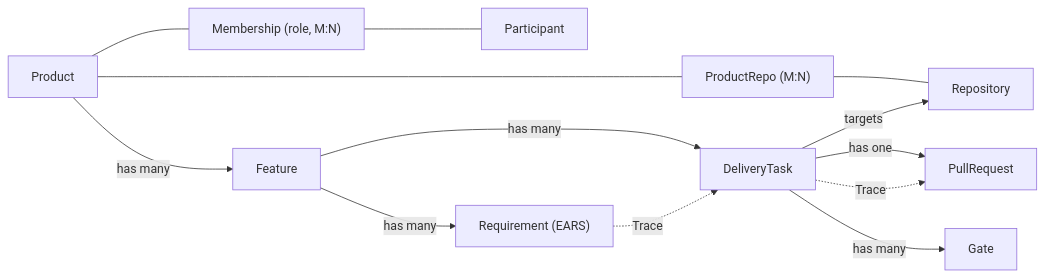
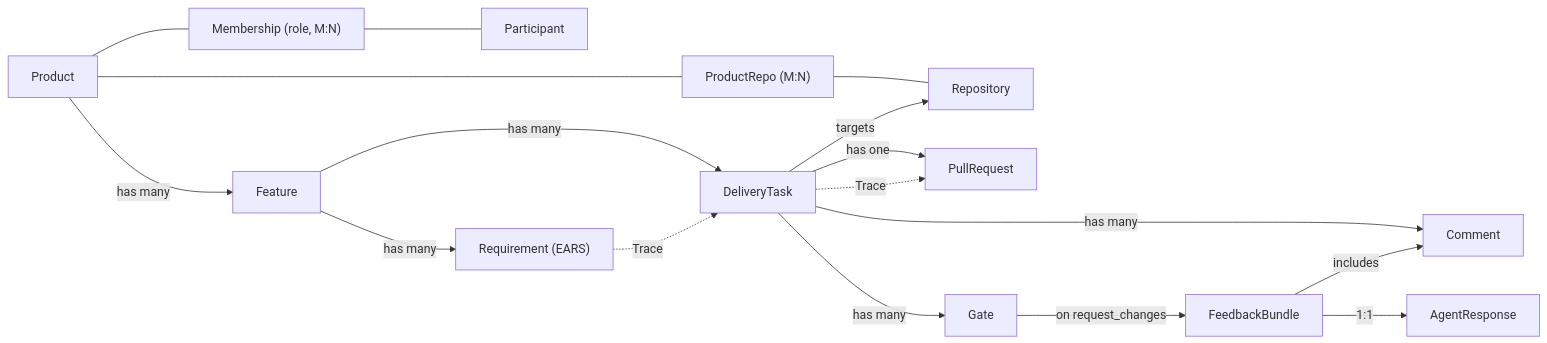
One commit to fps4/maestro changed the diagram in docs/architecture/data-model.md. Above: the diagram before and after it, drawn with Mermaid. The commit also changed other lines of this file, not shown here.

````diff
--- a/docs/architecture/data-model.md
+++ b/docs/architecture/data-model.md
@@ -39,12 +51,16 @@
 ```mermaid
 flowchart LR
   P["Product"] --- PR1["ProductRepo (M:N)"] --- R["Repository"]
   P --- M["Membership (role, M:N)"] --- PA["Participant"]
   P -->|has many| F["Feature"]
   F -->|has many| REQ["Requirement (EARS)"]
   F -->|has many| DT["DeliveryTask"]
   DT -->|targets| R
   DT -->|has one| PRq["PullRequest"]
   DT -->|has many| GA["Gate"]
+  DT -->|has many| C["Comment"]
+  GA -->|on request_changes| FB["FeedbackBundle"]
+  FB -->|includes| C
+  FB -->|1:1| AR["AgentResponse"]
   REQ -. "Trace" .-> DT -. "Trace" .-> PRq
 ```
````
